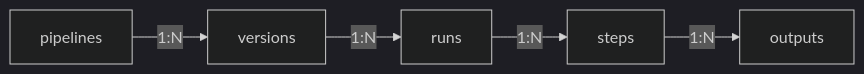
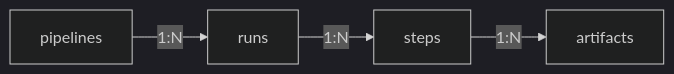
Before and after one commit to zenml-io/zenml: the diagram in docs/book/user-guide/starter-guide/fetch-runs-after-execution.md, drawn with Mermaid (dark theme). The commit also changed other lines of this file, not shown here.

Commit message:
Update docs: fetch runs after execution

````diff
--- a/docs/book/user-guide/starter-guide/fetch-runs-after-execution.md
+++ b/docs/book/user-guide/starter-guide/fetch-runs-after-execution.md
@@ -9,7 +14,6 @@
 ```mermaid
 flowchart LR
-    pipelines -->|1:N| versions
-    versions -->|1:N| runs
+    pipelines -->|1:N| runs
     runs -->|1:N| steps
-    steps -->|1:N| outputs
+    steps -->|1:N| artifacts
 ```
````
